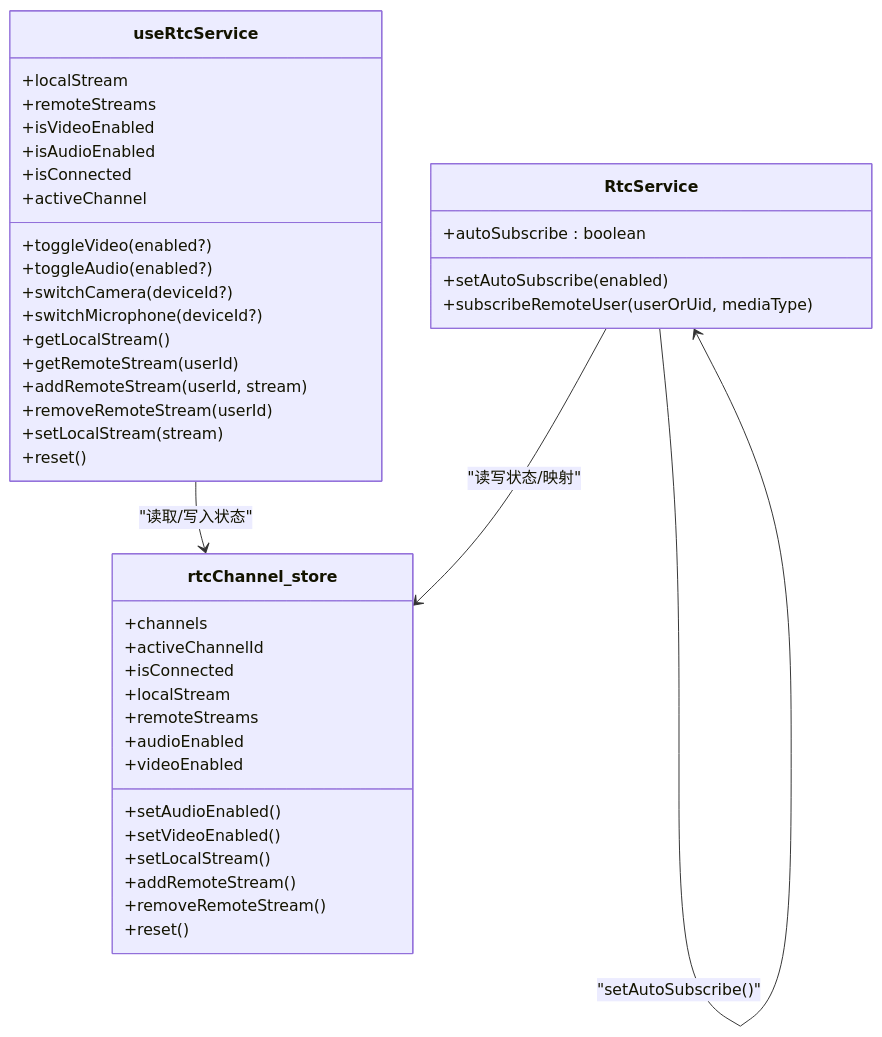
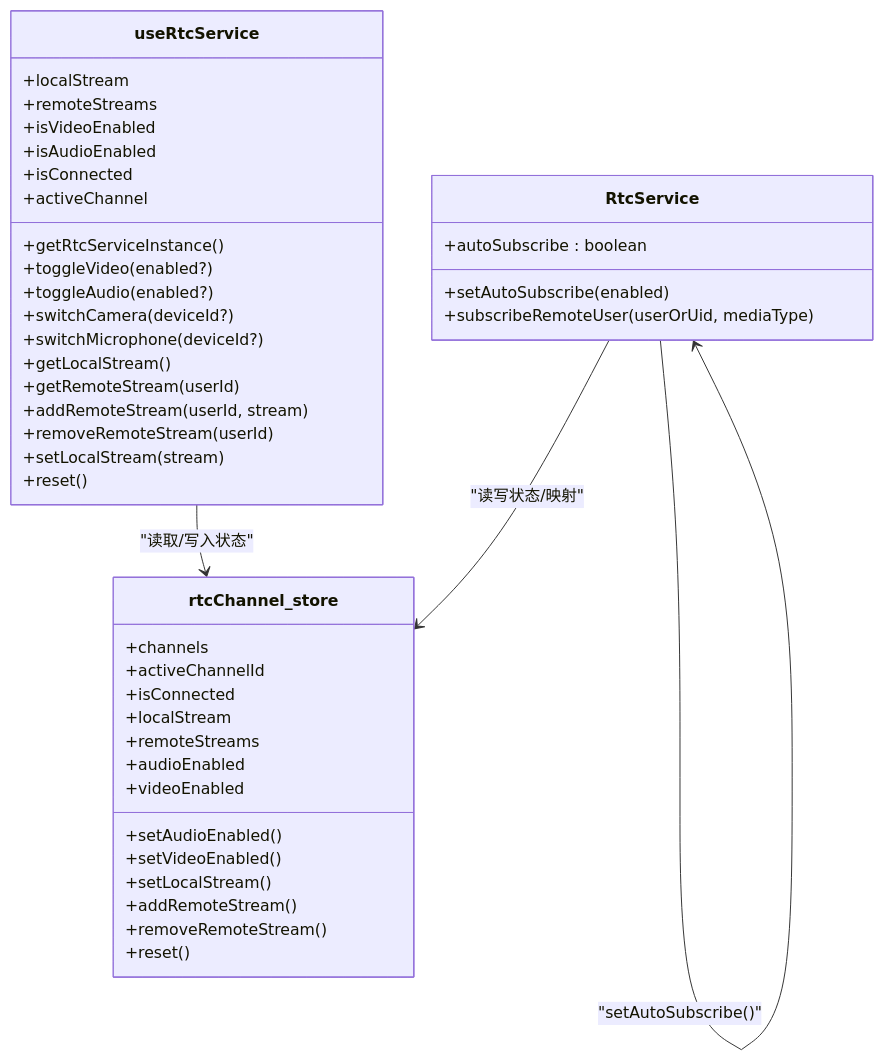
Before and after one commit to Easemob-Community/easemob-uikit-callkit-vue3: the third of 11 diagrams in .qoder/repowiki/zh/content/组合式 API/RTC 服务 API.md, drawn with Mermaid. The commit also changed other lines of this file and 58 other files, not shown here.

````diff
--- a/.qoder/repowiki/zh/content/组合式 API/RTC 服务 API.md
+++ b/.qoder/repowiki/zh/content/组合式 API/RTC 服务 API.md
@@ -191,44 +193,45 @@
 ```mermaid
 classDiagram
 class useRtcService {
 +localStream
 +remoteStreams
 +isVideoEnabled
 +isAudioEnabled
 +isConnected
 +activeChannel
++getRtcServiceInstance()
 +toggleVideo(enabled?)
 +toggleAudio(enabled?)
 +switchCamera(deviceId?)
 +switchMicrophone(deviceId?)
 +getLocalStream()
 +getRemoteStream(userId)
 +addRemoteStream(userId, stream)
 +removeRemoteStream(userId)
 +setLocalStream(stream)
 +reset()
 }
 class RtcService {
 +autoSubscribe : boolean
 +setAutoSubscribe(enabled)
 +subscribeRemoteUser(userOrUid, mediaType)
 }
 class rtcChannel_store {
 +channels
 +activeChannelId
 +isConnected
 +localStream
 +remoteStreams
 +audioEnabled
 +videoEnabled
 +setAudioEnabled()
 +setVideoEnabled()
 +setLocalStream()
 +addRemoteStream()
 +removeRemoteStream()
 +reset()
 }
 useRtcService --> rtcChannel_store : "读取/写入状态"
 RtcService --> rtcChannel_store : "读写状态/映射"
 RtcService --> RtcService : "setAutoSubscribe()"
 ```
````
